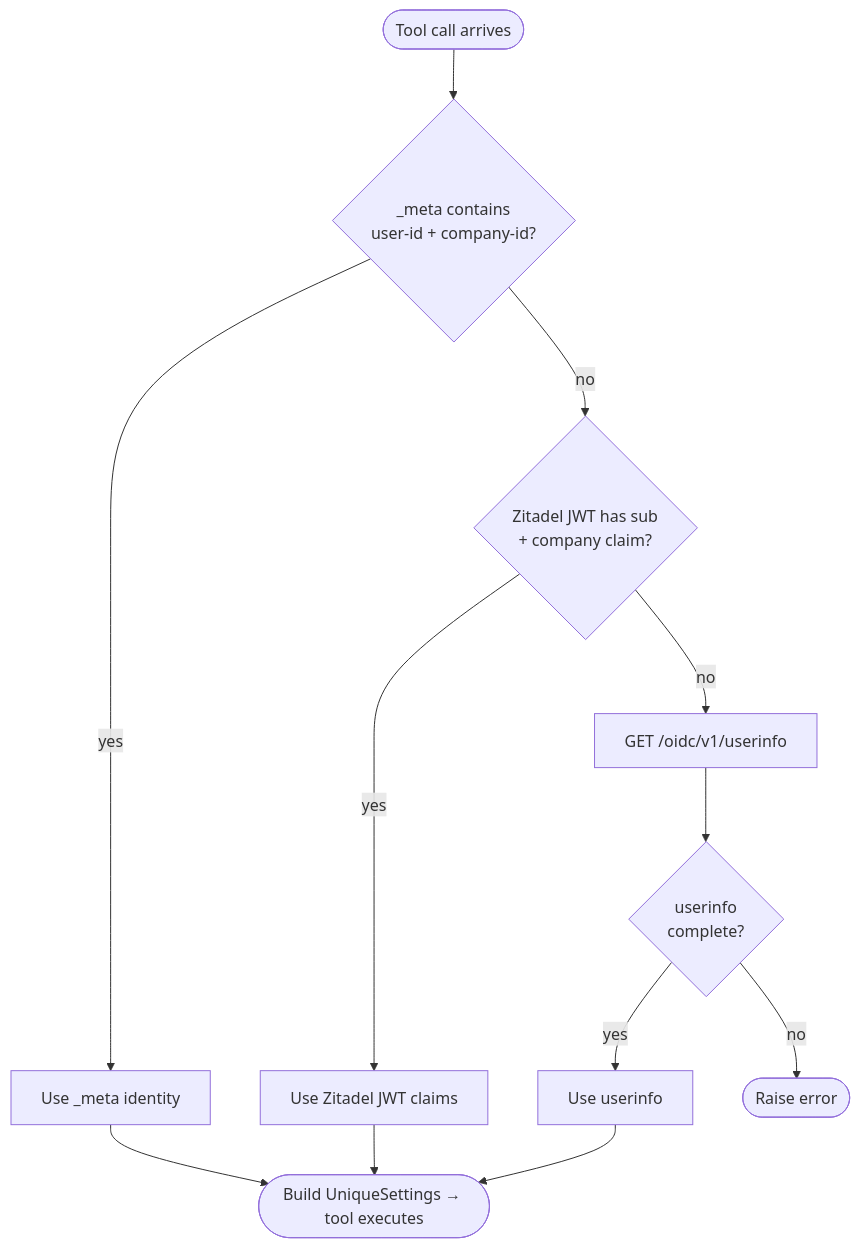
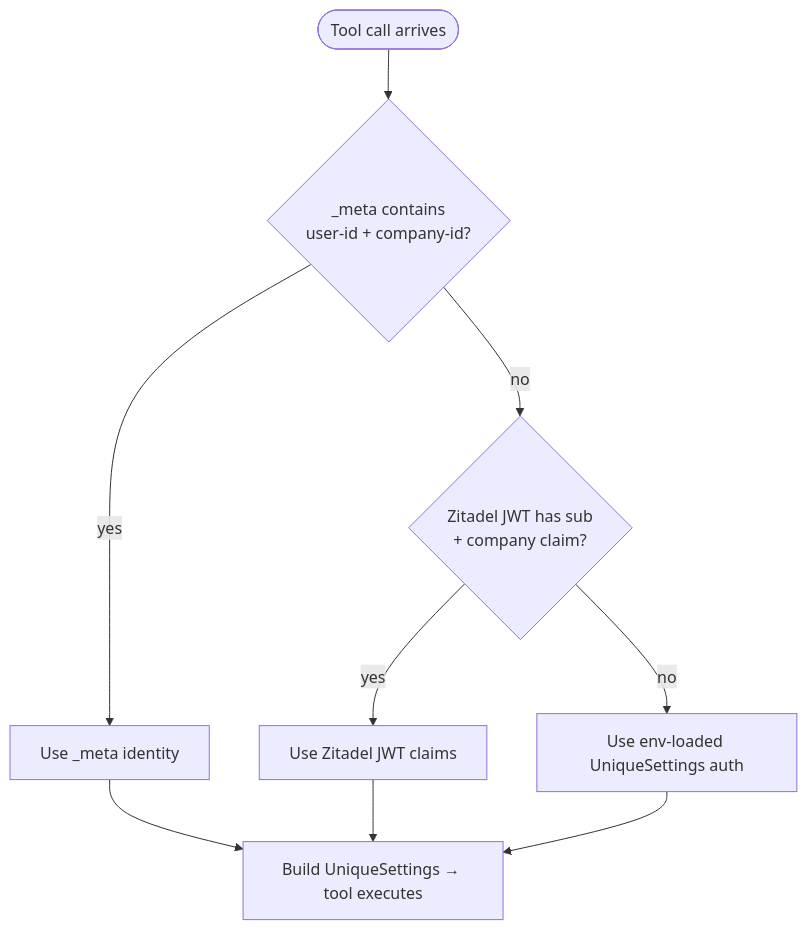
One commit to Unique-AG/ai changed the first of 4 diagrams in unique_mcp/README.md. Above: the diagram before and after it, drawn with Mermaid. The commit also changed other lines of this file and 17 other files, not shown here.

````diff
--- a/unique_mcp/README.md
+++ b/unique_mcp/README.md
@@ -23,12 +25,10 @@
 ```mermaid
 flowchart TD
     A([Tool call arrives]) --> B{_meta contains\nuser-id + company-id?}
     B -- yes --> C[Use _meta identity]
     B -- no --> D{Zitadel JWT has sub\n+ company claim?}
     D -- yes --> E[Use Zitadel JWT claims]
-    D -- no --> F[GET /oidc/v1/userinfo]
-    F --> G{userinfo\ncomplete?}
-    G -- yes --> H[Use userinfo]
-    G -- no --> I([Raise error])
-    C & E & H --> J([Build UniqueSettings → tool executes])
+    D -- no --> F[Use env-loaded UniqueSettings auth]
+    C & E --> G[Build UniqueSettings → tool executes]
+    F --> G
 ```
````
